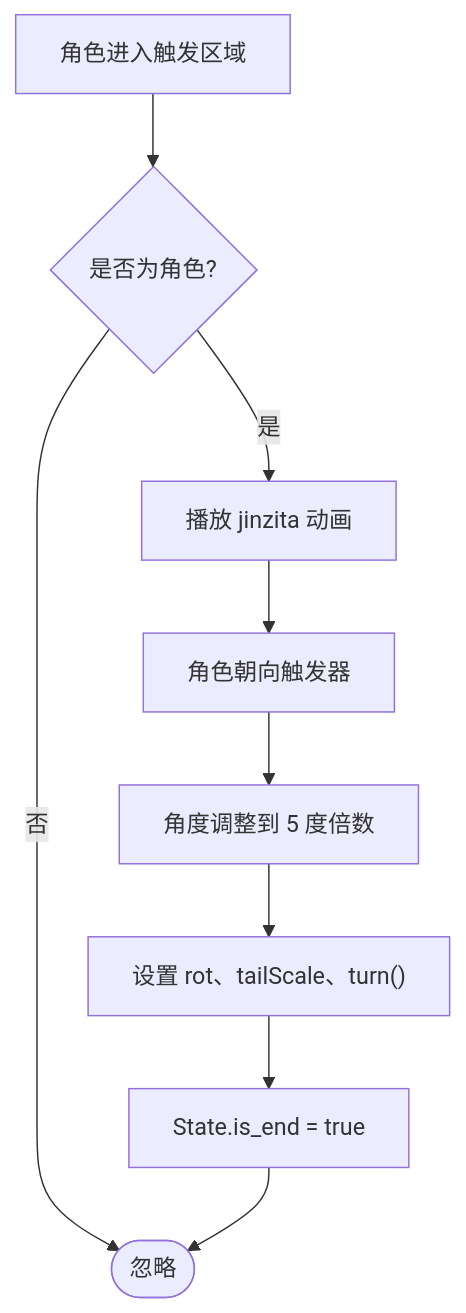
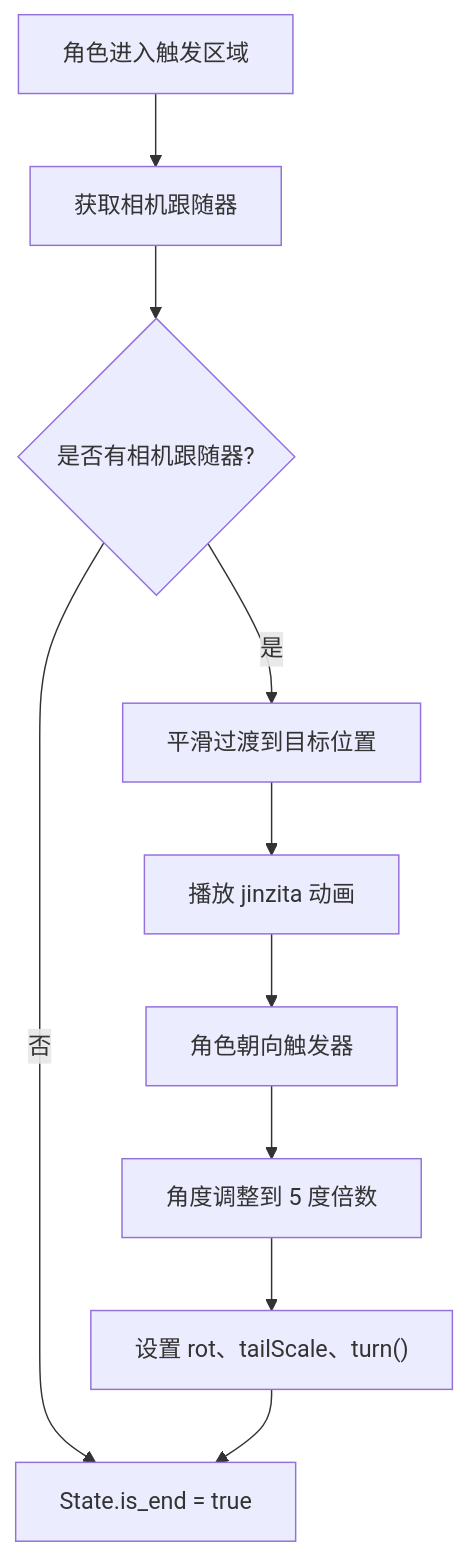
One commit to godotline/godot-line changed diagram 11 of 11 in .qoder/repowiki/zh/content/游戏系统/触发器系统/触发器系统.md. Above: the diagram before and after it, drawn with Mermaid. The commit also changed other lines of this file and 10 other files, not shown here.

````diff
--- a/.qoder/repowiki/zh/content/游戏系统/触发器系统/触发器系统.md
+++ b/.qoder/repowiki/zh/content/游戏系统/触发器系统/触发器系统.md
@@ -702,11 +669,12 @@
 ```mermaid
 flowchart TD
-Enter["角色进入触发区域"] --> CheckChar{"是否为角色?"}
-CheckChar --> |否| End(["忽略"])
-CheckChar --> |是| PlayAnim["播放 jinzita 动画"]
+Enter["角色进入触发区域"] --> GetCamera["获取相机跟随器"]
+GetCamera --> CheckCamera{"是否有相机跟随器?"}
+CheckCamera --> |否| SetEnd["State.is_end = true"]
+CheckCamera --> |是| LerpCamera["平滑过渡到目标位置"]
+LerpCamera --> PlayAnim["播放 jinzita 动画"]
 PlayAnim --> LookAt["角色朝向触发器"]
 LookAt --> RoundAngle["角度调整到 5 度倍数"]
 RoundAngle --> SetFlags["设置 rot、tailScale、turn()"]
-SetFlags --> SetEnd["State.is_end = true"]
-SetEnd --> End
+SetFlags --> SetEnd
 ```
````
